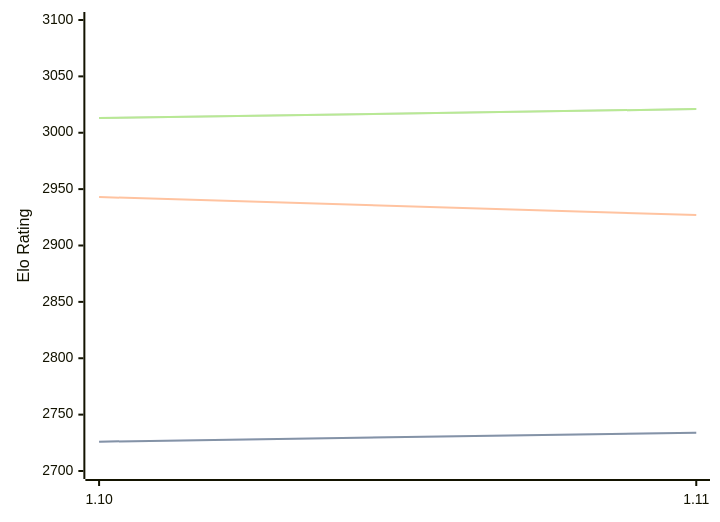
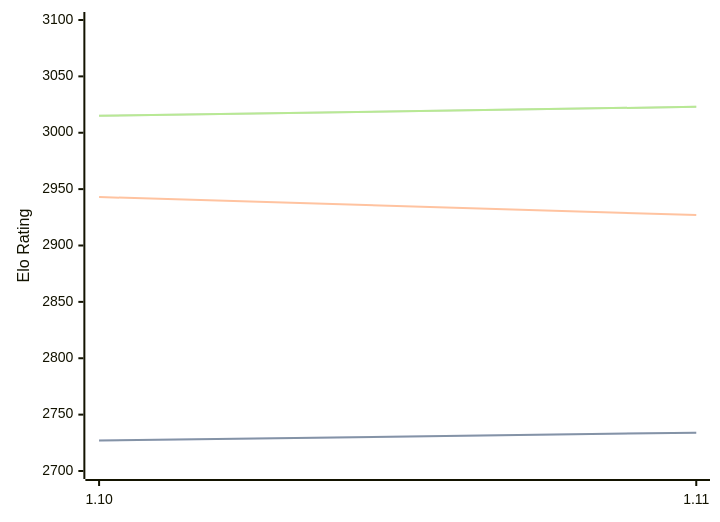
The first of 3 diagrams in engines/Roc.md (computer-chess-index/cci), drawn with Mermaid before and after one commit. The commit also changed other lines of this file, not shown here.

Commit message:
Update CCI Ratings (ELO VLTC) - 2026-06-16

````diff
--- a/engines/Roc.md
+++ b/engines/Roc.md
@@ -65,11 +65,11 @@
 ```mermaid
 %%{init: {"theme":"base","themeVariables":{"seriesColors:['#a3a3a3','#222221','#faa371']}}}%%
 xychart-beta
   x-axis ["1.10", "1.11"]
   y-axis "Elo Rating" 2700 --> 3100
-  line "STC (8.0+0.08s)" [2726, 2734]
-  line "STC (8.0+0.08s)" [2726, 2734]
+  line "STC (8.0+0.08s)" [2727, 2734]
+  line "STC (8.0+0.08s)" [2727, 2734]
   line "LTC (60.0+0.60s)" [2943, 2927]
-  line "VLTC (2m24s+1.12s)" [3013, 3021]
-  line "VLTC (2m24s+1.12s)" [3013, 3021]
+  line "VLTC (2m24s+1.12s)" [3015, 3023]
+  line "VLTC (2m24s+1.12s)" [3015, 3023]
 ```
````
